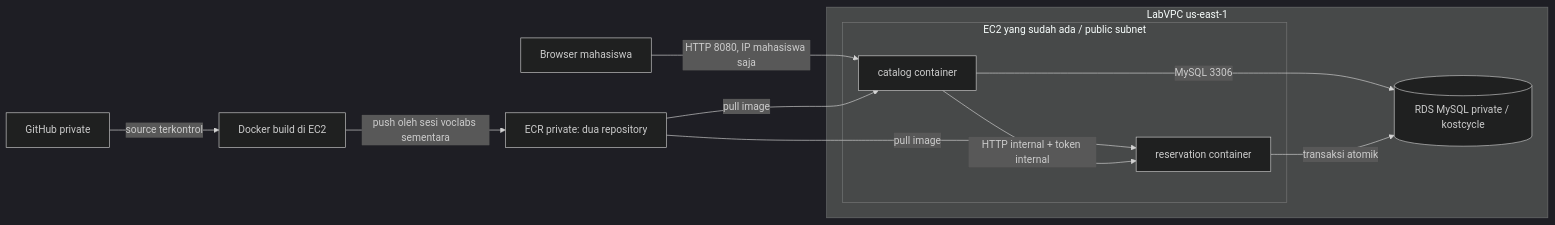
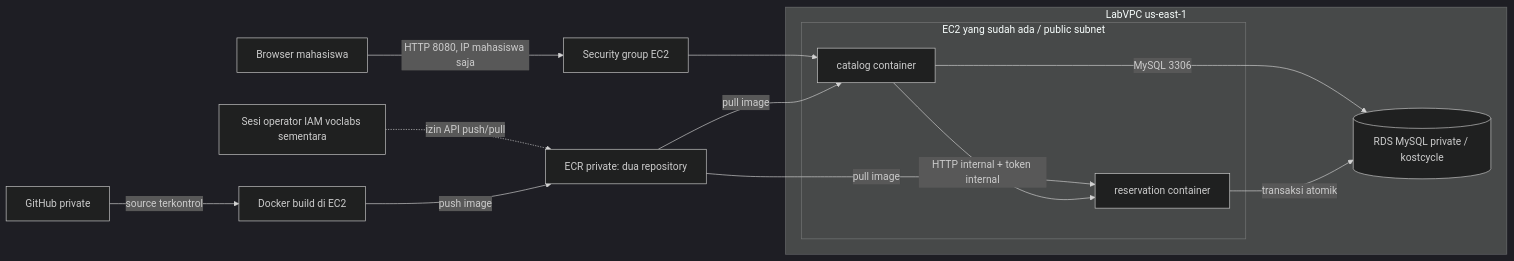
Before and after one commit to StellaFD/kostcycle: the diagram in README.md, drawn with Mermaid (dark theme). The commit also changed other lines of this file, not shown here.

Commit message:
Map all Week 12 Track B criteria and document entity, IAM, and network

````diff
--- a/README.md
+++ b/README.md
@@ -106,17 +147,19 @@
 ```mermaid
 flowchart LR
-  Laptop[Browser mahasiswa] -->|HTTP 8080, IP mahasiswa saja| Catalog
+  Laptop[Browser mahasiswa] -->|HTTP 8080, IP mahasiswa saja| AppSG[Security group EC2]
+  AppSG --> Catalog
   Git[GitHub private] -->|source terkontrol| Build[Docker build di EC2]
-  Build -->|push oleh sesi voclabs sementara| ECR[ECR private: dua repository]
+  Operator[Sesi operator IAM voclabs sementara] -.->|izin API push/pull| ECR[ECR private: dua repository]
+  Build -->|push image| ECR
   ECR -->|pull image| Catalog
   ECR -->|pull image| Reservation
   subgraph VPC[LabVPC us-east-1]
     subgraph EC2[EC2 yang sudah ada / public subnet]
       Catalog[catalog container]
       Reservation[reservation container]
       Catalog -->|HTTP internal + token internal| Reservation
     end
     Catalog -->|MySQL 3306| RDS[(RDS MySQL private / kostcycle)]
     Reservation -->|transaksi atomik| RDS
   end
 ```
````
